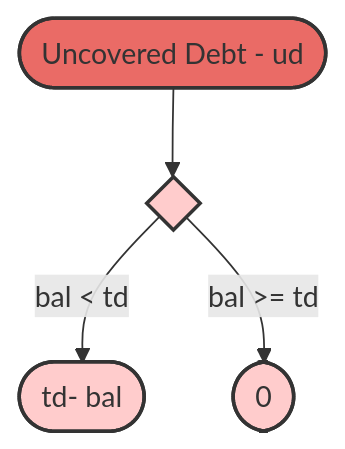
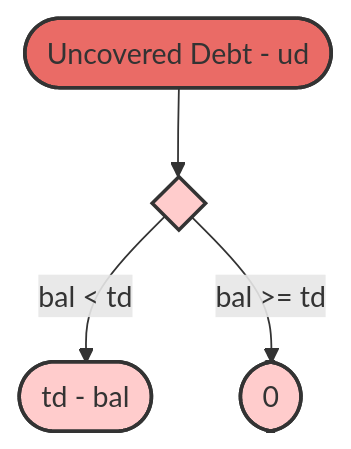
The sixth of 8 diagrams in DIAGRAMS.md (sablier-labs/flow), drawn with Mermaid before and after one commit. The commit also changed other lines of this file and 4 other files, not shown here.

````diff
--- a/DIAGRAMS.md
+++ b/DIAGRAMS.md
@@ -211,14 +210,14 @@
 ```mermaid
 flowchart TD
     di0{ }:::red1
     sd([Uncovered Debt - ud]):::red0
-    res_sd(["td- bal"]):::red1
+    res_sd(["td - bal"]):::red1
     res_zero([0]):::red1
 
     sd --> di0
     di0 -- "bal < td" --> res_sd
     di0 -- "bal >= td" --> res_zero
 
     classDef red0 fill:#EA6B66,stroke:#333,stroke-width:2px;
     classDef red1 fill:#FFCCCC,stroke:#333,stroke-width:2px;
 ```
````
